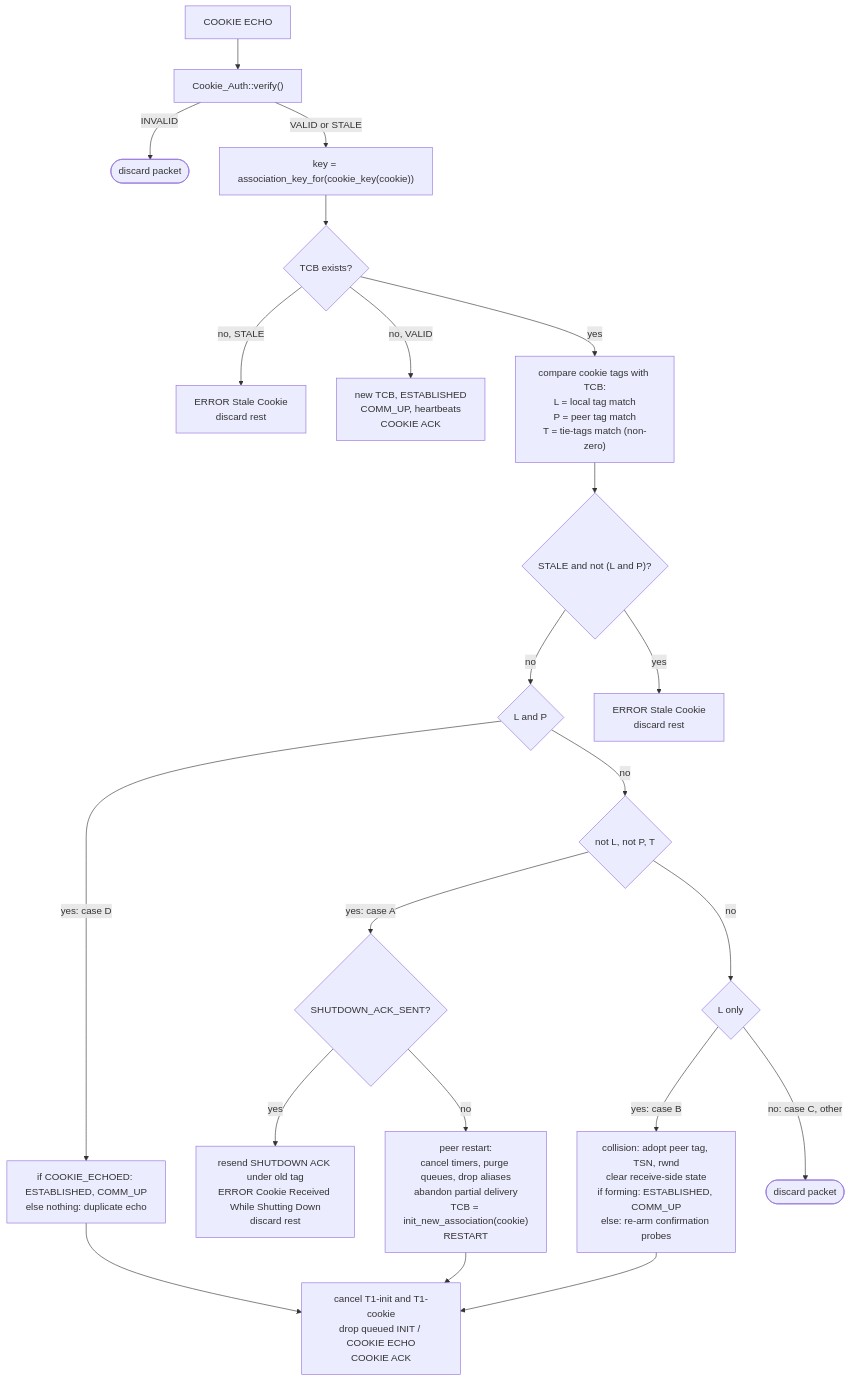
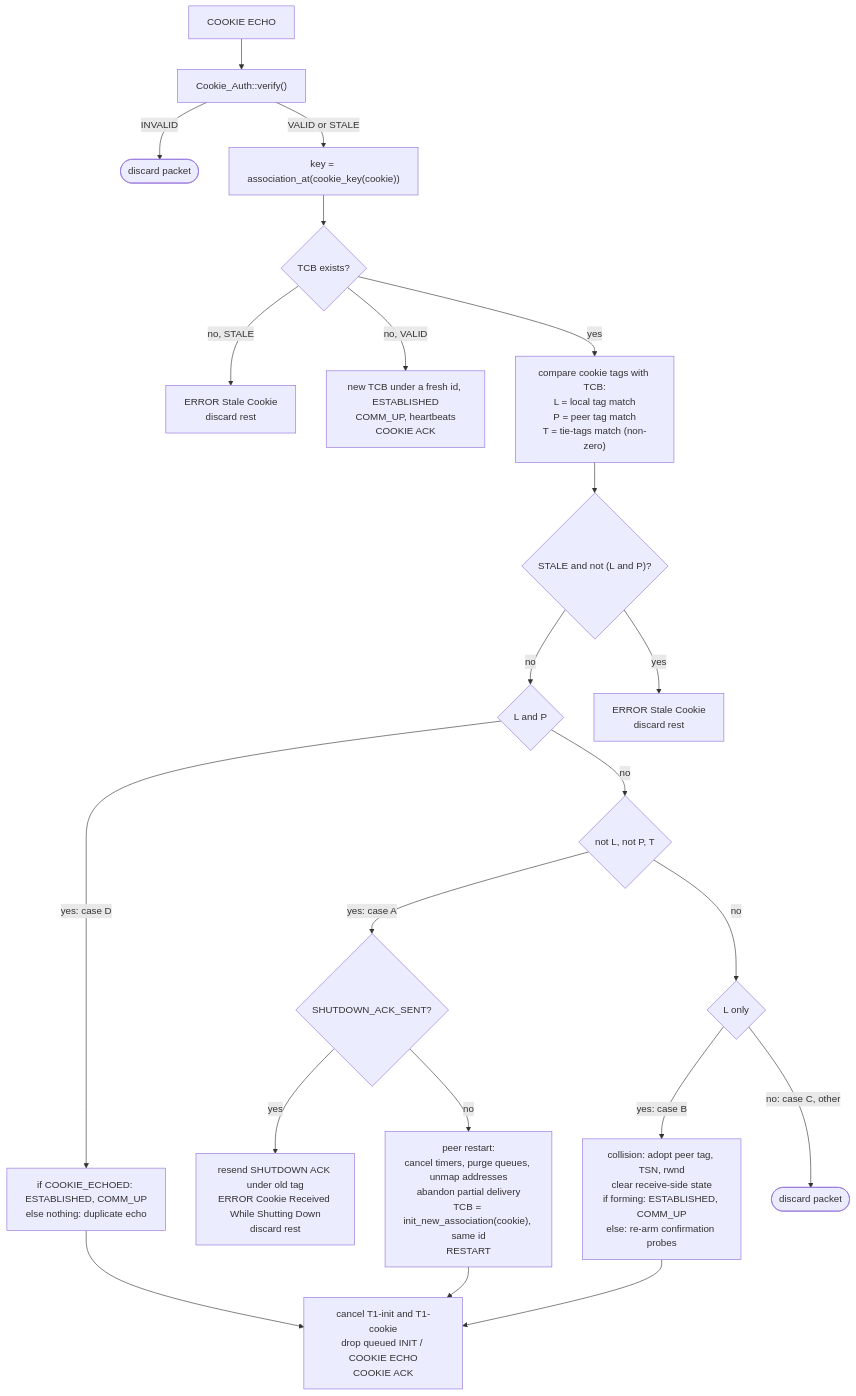
Before and after one commit to ethanallenfernandez/sctp-stack: the sixth of 11 diagrams in docs/devs/03-association-lifecycle.md, drawn with Mermaid. The commit also changed other lines of this file and 42 other files, not shown here.

Commit message:
Converted the association key to a more conventional uint32_t

````diff
--- a/docs/devs/03-association-lifecycle.md
+++ b/docs/devs/03-association-lifecycle.md
@@ -231,22 +231,22 @@
 ```mermaid
 flowchart TD
     ce["COOKIE ECHO"] --> ver["Cookie_Auth::verify()"]
     ver -- "INVALID" --> drop(["discard packet"])
-    ver -- "VALID or STALE" --> key["key = association_key_for(cookie_key(cookie))"]
+    ver -- "VALID or STALE" --> key["key = association_at(cookie_key(cookie))"]
     key --> ex{"TCB exists?"}
     ex -- "no, STALE" --> stale1["ERROR Stale Cookie<br/>discard rest"]
-    ex -- "no, VALID" --> new["new TCB, ESTABLISHED<br/>COMM_UP, heartbeats<br/>COOKIE ACK"]
+    ex -- "no, VALID" --> new["new TCB under a fresh id, ESTABLISHED<br/>COMM_UP, heartbeats<br/>COOKIE ACK"]
     ex -- "yes" --> cmp["compare cookie tags with TCB:<br/>L = local tag match<br/>P = peer tag match<br/>T = tie-tags match (non-zero)"]
     cmp --> st2{"STALE and not (L and P)?"}
     st2 -- "no" --> d{"L and P"}
     st2 -- "yes" --> stale2["ERROR Stale Cookie<br/>discard rest"]
     d -- "yes: case D" --> D["if COOKIE_ECHOED: ESTABLISHED, COMM_UP<br/>else nothing: duplicate echo"]
     d -- "no" --> a{"not L, not P, T"}
     a -- "yes: case A" --> A{"SHUTDOWN_ACK_SENT?"}
     A -- "yes" --> A1["resend SHUTDOWN ACK under old tag<br/>ERROR Cookie Received While Shutting Down<br/>discard rest"]
-    A -- "no" --> A2["peer restart:<br/>cancel timers, purge queues, drop aliases<br/>abandon partial delivery<br/>TCB = init_new_association(cookie)<br/>RESTART"]
+    A -- "no" --> A2["peer restart:<br/>cancel timers, purge queues, unmap addresses<br/>abandon partial delivery<br/>TCB = init_new_association(cookie), same id<br/>RESTART"]
     a -- "no" --> b{"L only"}
     b -- "yes: case B" --> B["collision: adopt peer tag, TSN, rwnd<br/>clear receive-side state<br/>if forming: ESTABLISHED, COMM_UP<br/>else: re-arm confirmation probes"]
     b -- "no: case C, other" --> drop2(["discard packet"])
     D & A2 & B --> fin["cancel T1-init and T1-cookie<br/>drop queued INIT / COOKIE ECHO<br/>COOKIE ACK"]
 ```
````
